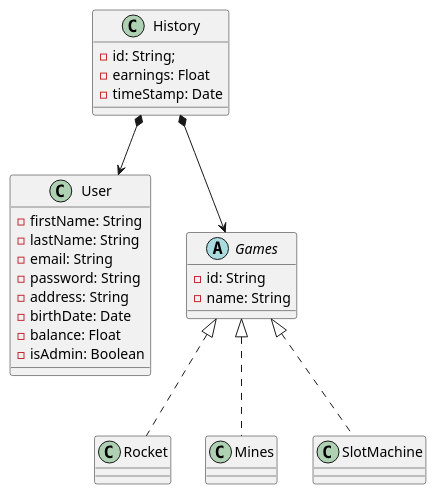
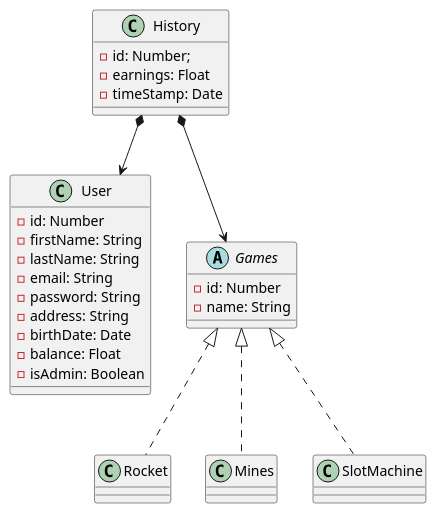
One commit to jojo-jrd/Ensimag-CasiDio changed the third of 3 diagrams in README.md. Above: the diagram before and after it, drawn with PlantUML. The commit also changed other lines of this file and 5 other files, not shown here.

````diff
--- a/README.md
+++ b/README.md
@@ -135,34 +135,35 @@
 ```plantuml
 class User{
+  -id: Number
   -firstName: String
   -lastName: String
   -email: String
   -password: String
   -address: String
   -birthDate: Date
   -balance: Float
   -isAdmin: Boolean
 }
 
 abstract Games{
-  -id: String
+  -id: Number
   -name: String
 }
 
 class Rocket implements Games{
 }
 class Mines implements Games{
 }
 class SlotMachine implements Games{
 }
 
 class History{
- -id: String;
+ -id: Number;
  -earnings: Float
  -timeStamp: Date
 }
 
 
 History *--> User
 History *--> Games
 ```
````
